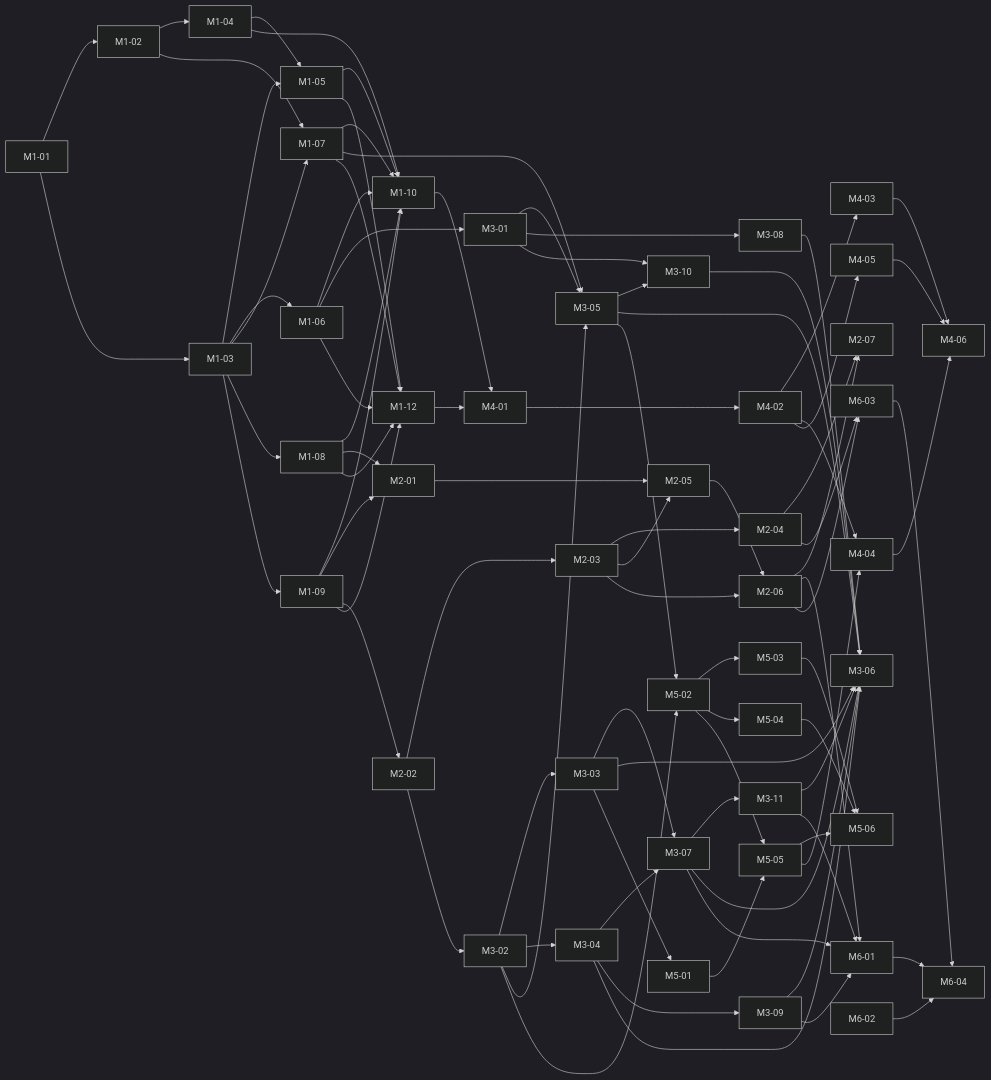
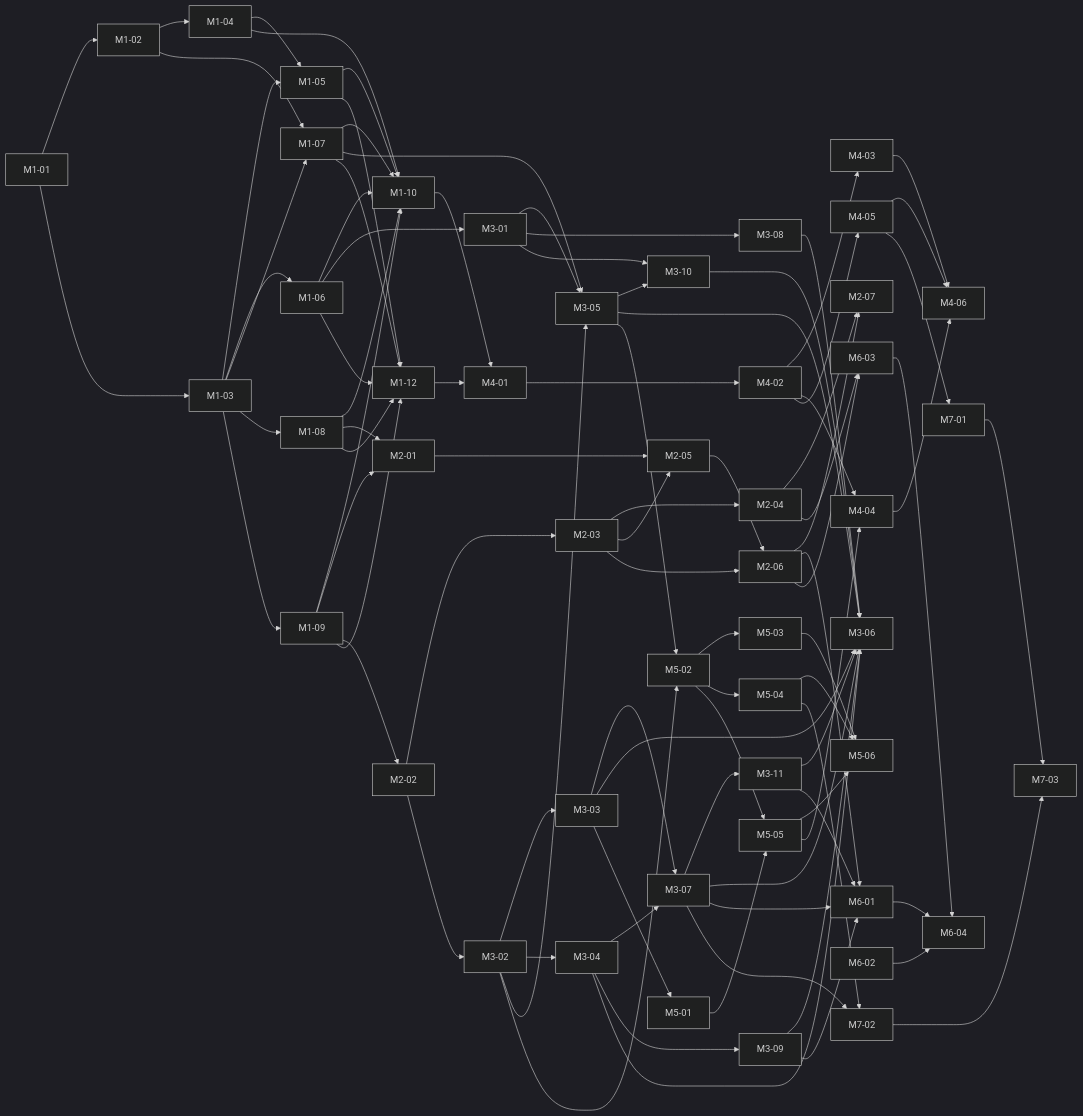
Before and after one commit to Duresa7/app-portal: the diagram in docs/ROADMAP.md, drawn with Mermaid (dark theme). The commit also changed other lines of this file and 3 other files, not shown here.

````diff
--- a/docs/ROADMAP.md
+++ b/docs/ROADMAP.md
@@ -113,40 +117,43 @@
 ```mermaid
 graph LR
   M1-01 --> M1-02 --> M1-04 --> M1-05
   M1-01 --> M1-03 --> M1-05
   M1-03 --> M1-06
   M1-02 --> M1-07
   M1-03 --> M1-07
   M1-03 --> M1-08
   M1-03 --> M1-09
   M1-04 & M1-05 & M1-06 & M1-07 & M1-08 & M1-09 --> M1-10
   M1-08 & M1-09 --> M2-01
   M1-09 --> M2-02 --> M2-03 --> M2-04
   M2-01 & M2-03 --> M2-05
   M2-03 & M2-05 --> M2-06
   M2-04 & M2-06 --> M2-07
   M1-06 --> M3-01
   M2-02 --> M3-02 --> M3-03
   M3-02 --> M3-04
   M3-01 & M3-02 & M1-07 --> M3-05
   M3-03 & M3-04 --> M3-07 --> M3-11
   M3-01 --> M3-08
   M3-04 --> M3-09
   M3-01 & M3-05 --> M3-10
   M3-03 & M3-04 & M3-05 & M3-07 & M3-08 & M3-09 & M3-10 & M3-11 --> M3-06
   M1-05 & M1-06 & M1-07 & M1-08 & M1-09 --> M1-12
   M1-10 & M1-12 --> M4-01 --> M4-02 --> M4-03
   M4-02 --> M4-04
   M4-02 --> M4-05
   M4-03 & M4-04 & M4-05 --> M4-06
   M3-03 --> M5-01
   M3-02 & M3-05 --> M5-02
   M5-02 --> M5-03
   M5-02 --> M5-04
   M5-01 & M5-02 --> M5-05
   M5-03 & M5-04 & M5-05 --> M5-06
   M5-05 --> M4-04
   M2-06 & M3-07 & M3-09 & M3-11 --> M6-01
   M2-04 & M2-06 --> M6-03
   M6-01 & M6-02 & M6-03 --> M6-04
+  M4-05 --> M7-01
+  M3-07 & M5-04 --> M7-02
+  M7-01 & M7-02 --> M7-03
 ```
````
